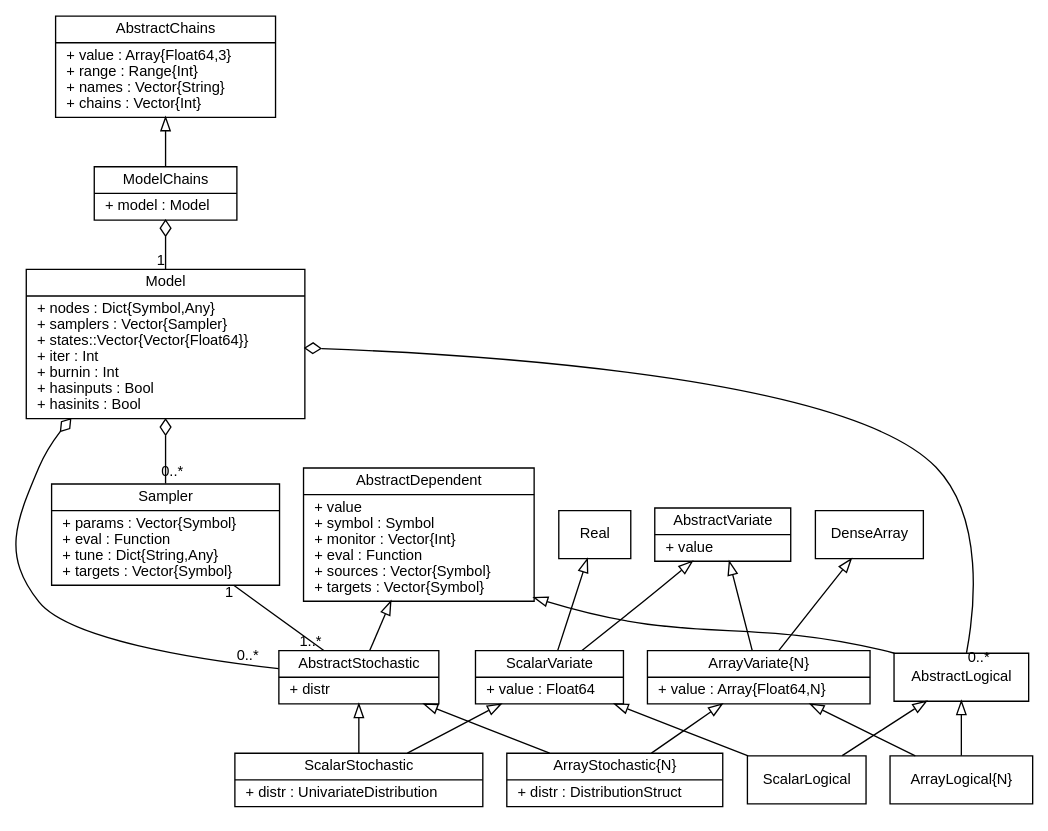
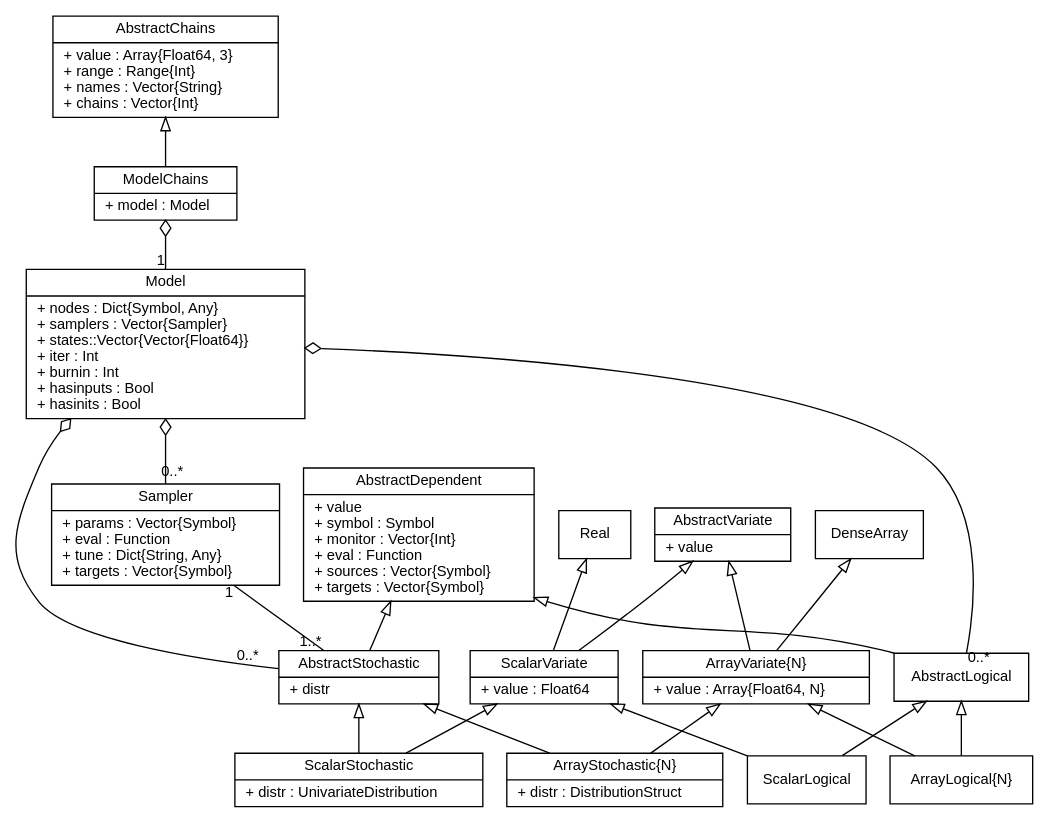
The diagram in doc/images/mcmcUML.dot (brian-j-smith/Mamba.jl), drawn with Graphviz before and after one commit. The commit also changed 75 other files, not shown here.

```diff
--- a/doc/images/mcmcUML.dot
+++ b/doc/images/mcmcUML.dot
@@ -1,66 +1,66 @@
 graph MCMC {
     fontname = "Helvetica"
     fontsize = 11
     splines = true
     overlap = false
 
     node [fontname = "Helvetica", fontsize = 11, shape = record]
 
     edge [fontname = "Helvetica", fontsize = 11, dir = both, arrowtail = none, arrowhead = none]
 
-    Real [label = "{Real}", pos="315,610"]
+    Real [label = "{Real}", pos="315, 610"]
 
-    DenseArray [label = "{DenseArray}", pos="324,570"]
+    DenseArray [label = "{DenseArray}", pos="324, 570"]
 
-    AbstractDependent [label = "{AbstractDependent|+ value\l+ symbol : Symbol\l+ monitor : Vector\{Int\}\l+ eval : Function\l+ sources : Vector\{Symbol\}\l+ targets : Vector\{Symbol\}\l}", pos="275,425"]
+    AbstractDependent [label = "{AbstractDependent|+ value\l+ symbol : Symbol\l+ monitor : Vector\{Int\}\l+ eval : Function\l+ sources : Vector\{Symbol\}\l+ targets : Vector\{Symbol\}\l}", pos="275, 425"]
 
-    AbstractLogical [label = "{AbstractLogical}", pos="75,425"]
+    AbstractLogical [label = "{AbstractLogical}", pos="75, 425"]
 
-    AbstractStochastic [label = "{AbstractStochastic|+ distr\l}", pos="495,425"]
+    AbstractStochastic [label = "{AbstractStochastic|+ distr\l}", pos="495, 425"]
 
-    AbstractVariate [label = "{AbstractVariate|+ value\l}", pos="230,590"]
+    AbstractVariate [label = "{AbstractVariate|+ value\l}", pos="230, 590"]
 
-    ArrayLogical [label = "{ArrayLogical\{N\}}", pos="125,515"]
+    ArrayLogical [label = "{ArrayLogical\{N\}}", pos="125, 515"]
 
-    ArrayStochastic [label = "{ArrayStochastic\{N\}|+ distr : DistributionStruct\l}", pos="425,515"]
+    ArrayStochastic [label = "{ArrayStochastic\{N\}|+ distr : DistributionStruct\l}", pos="425, 515"]
 
-    ArrayVariate [label = "{ArrayVariate\{N\}|+ value : Array\{Float64,N\}\l}", pos="275,515"]
+    ArrayVariate [label = "{ArrayVariate\{N\}|+ value : Array\{Float64, N\}\l}", pos="275, 515"]
 
-    ScalarLogical [label = "{ScalarLogical}", pos="25,515"]
+    ScalarLogical [label = "{ScalarLogical}", pos="25, 515"]
 
-    ScalarStochastic [label = "{ScalarStochastic|+ distr : UnivariateDistribution\l}", pos="575,515"]
+    ScalarStochastic [label = "{ScalarStochastic|+ distr : UnivariateDistribution\l}", pos="575, 515"]
 
-    ScalarVariate [label = "{ScalarVariate|+ value : Float64\l}", pos="275,665"]
+    ScalarVariate [label = "{ScalarVariate|+ value : Float64\l}", pos="275, 665"]
 
-    Model [label = "{Model|+ nodes : Dict\{Symbol,Any\}\l+ samplers : Vector\{Sampler\}\l+ states::Vector\{Vector\{Float64\}\}\l+ iter : Int\l+ burnin : Int\l+ hasinputs : Bool\l+ hasinits : Bool\l}", pos="275,305"]
+    Model [label = "{Model|+ nodes : Dict\{Symbol, Any\}\l+ samplers : Vector\{Sampler\}\l+ states::Vector\{Vector\{Float64\}\}\l+ iter : Int\l+ burnin : Int\l+ hasinputs : Bool\l+ hasinits : Bool\l}", pos="275, 305"]
 
-    Sampler [label = "{Sampler|+ params : Vector\{Symbol\}\l+ eval : Function\l+ tune : Dict\{String,Any\}\l+ targets : Vector\{Symbol\}\l}", pos="495,305"]
+    Sampler [label = "{Sampler|+ params : Vector\{Symbol\}\l+ eval : Function\l+ tune : Dict\{String, Any\}\l+ targets : Vector\{Symbol\}\l}", pos="495, 305"]
 
-    AbstractChains  [label = "{AbstractChains|+ value : Array\{Float64,3\}\l+ range : Range\{Int\}\l+ names : Vector\{String\}\l+ chains : Vector\{Int\}\l}", pos="75,340"]
+    AbstractChains  [label = "{AbstractChains|+ value : Array\{Float64, 3\}\l+ range : Range\{Int\}\l+ names : Vector\{String\}\l+ chains : Vector\{Int\}\l}", pos="75, 340"]
 
-    ModelChains [label = "{ModelChains|+ model : Model\l}", pos="75,260"]
+    ModelChains [label = "{ModelChains|+ model : Model\l}", pos="75, 260"]
 
     Real -- ScalarVariate [arrowtail = empty]
     DenseArray -- ArrayVariate [arrowtail = empty]
 
     AbstractChains -- ModelChains [arrowtail = empty]
     AbstractDependent -- AbstractLogical [arrowtail = empty]
     AbstractDependent -- AbstractStochastic [arrowtail = empty]
     AbstractLogical -- ArrayLogical [arrowtail = empty]
     AbstractLogical -- ScalarLogical [arrowtail = empty]
     AbstractStochastic -- ArrayStochastic [arrowtail = empty]
     AbstractStochastic -- ScalarStochastic [arrowtail = empty]
     AbstractVariate -- ArrayVariate [arrowtail = empty]
     AbstractVariate -- ScalarVariate [arrowtail = empty]
     ArrayVariate -- ArrayLogical [arrowtail = empty]
     ArrayVariate -- ArrayStochastic [arrowtail = empty]
     ScalarVariate -- ScalarLogical [arrowtail = empty]
     ScalarVariate -- ScalarStochastic [arrowtail = empty]
 
     Sampler -- AbstractStochastic [taillabel = "1", headlabel = "1..*"]
     Model -- Sampler [arrowtail = odiamond, headlabel = "0..*", labeldistance = 1.0, labelangle = -30]
     Model -- AbstractLogical [arrowtail = odiamond, headlabel = "0..*", labeldistance = 1.0, labelangle = -105]
     Model -- AbstractStochastic [arrowtail = odiamond, headlabel = "0..*", labeldistance = 2.5, labelangle = -15]
     ModelChains -- Model [arrowtail = odiamond, headlabel = "1"]
 
 }
```
